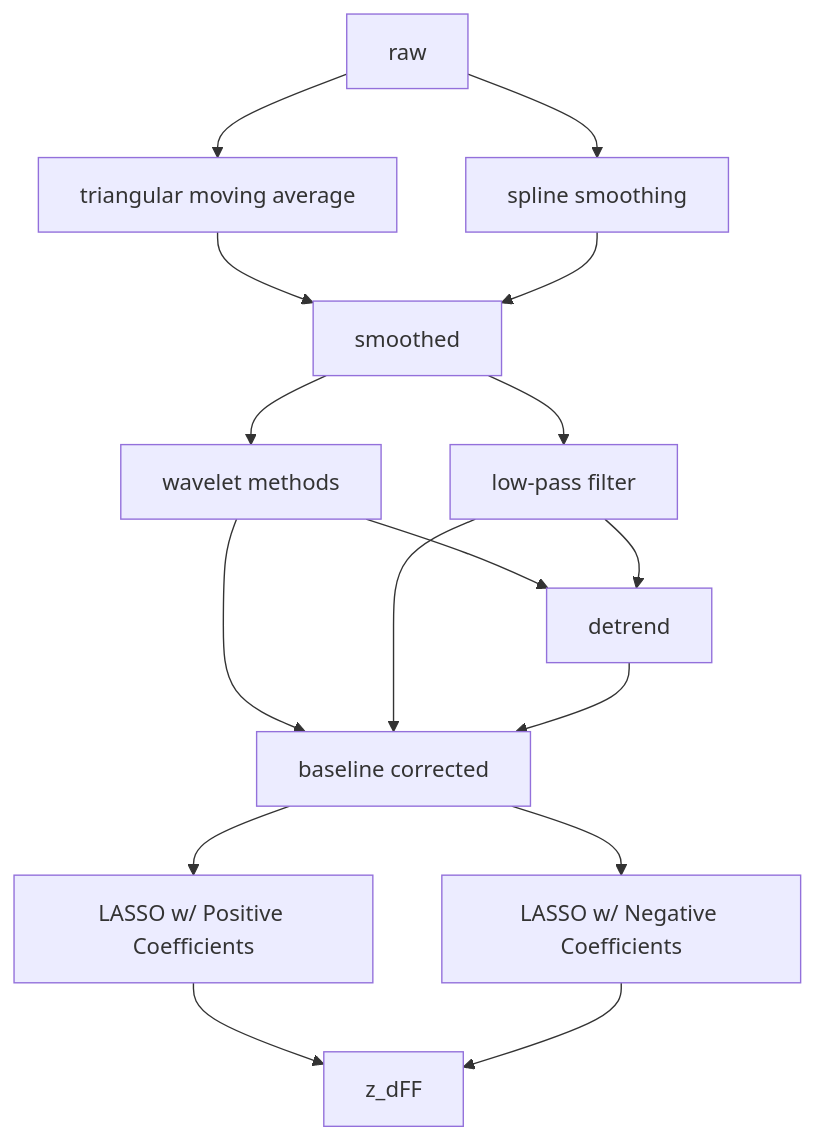
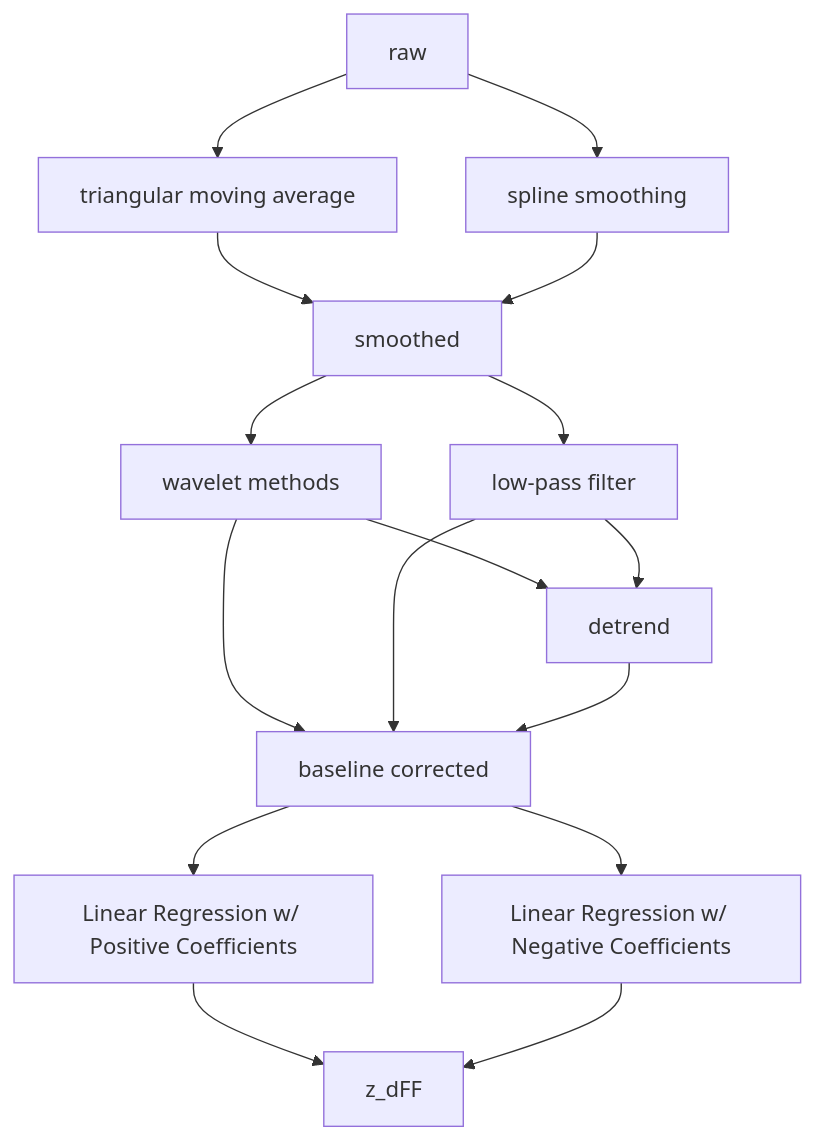
The diagram in README.md (cameron-jordan04/pre_processing_pipeline), drawn with Mermaid before and after one commit. The commit also changed 2 other files, not shown here.

Commit message:
updated README to indicate Linear Regression instead of LASSO

````diff
--- a/README.md
+++ b/README.md
@@ -42,30 +42,30 @@
 ```mermaid
 graph TD;
     id0[raw]
     id1[triangular moving average]
     id2[spline smoothing]
     id3[smoothed]
     id4[wavelet methods]
     id5[low-pass filter]
     id6[detrend]
     id7[baseline corrected]
-    id8[LASSO w/ Positive Coefficients]
-    id9[LASSO w/ Negative Coefficients]
+    id8[Linear Regression w/ Positive Coefficients]
+    id9[Linear Regression w/ Negative Coefficients]
     id10[z_dFF]
 
     id0-->id1
     id0-->id2
     id1-->id3
     id2-->id3
     id3-->id4
     id3-->id5
     id4-->id6
     id4-->id7
     id5-->id6
     id5-->id7
     id6-->id7
     id7-->id8
     id7-->id9
     id8-->id10
     id9-->id10
 ```
````
